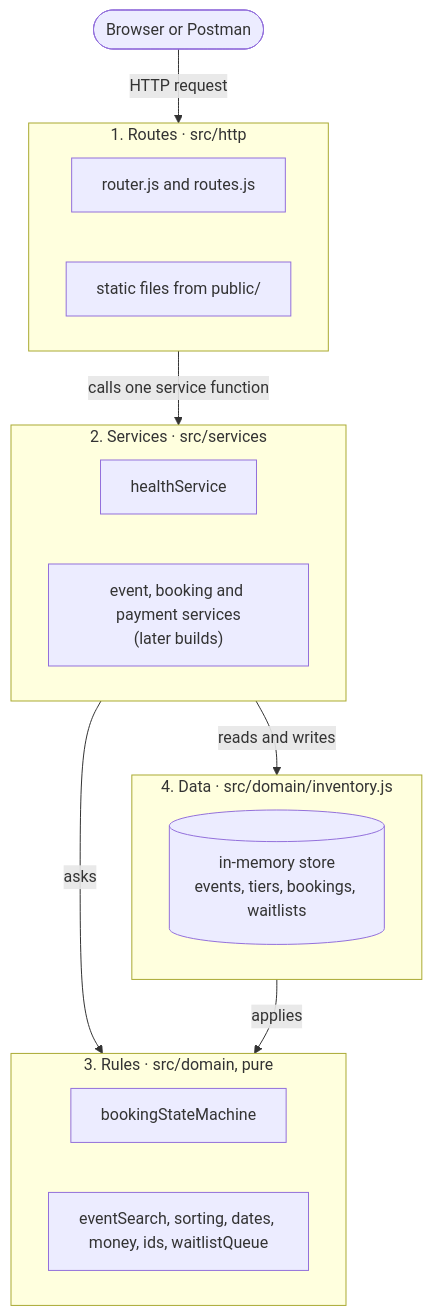
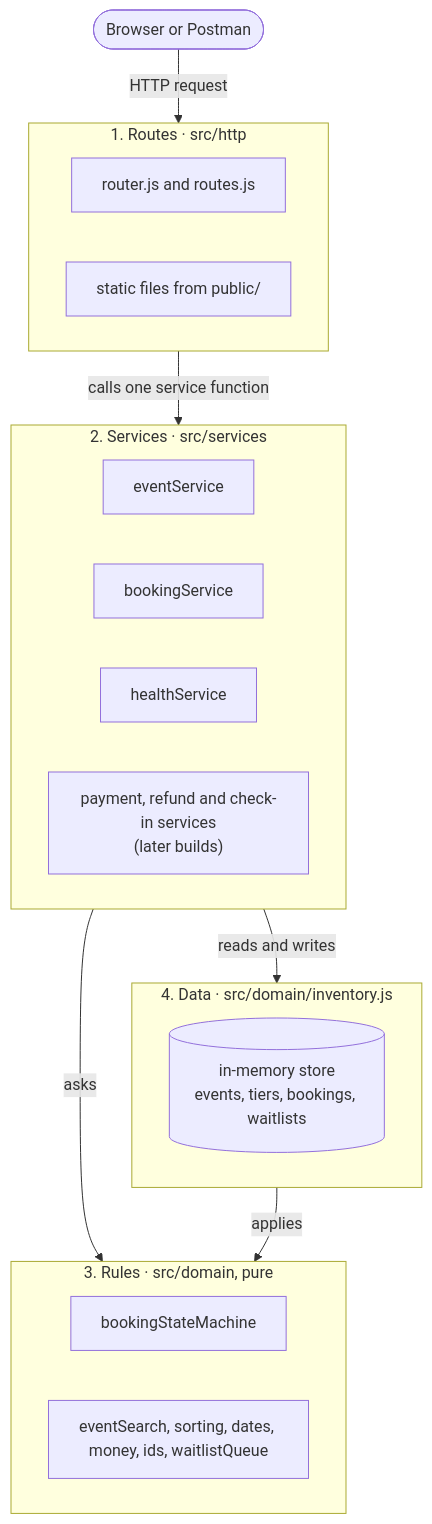
One commit to GreatEzekiel/my-dsa-capstone-project changed the first of 3 diagrams in docs/architecture.md. Above: the diagram before and after it, drawn with Mermaid. The commit also changed other lines of this file and 22 other files, not shown here.

````diff
--- a/docs/architecture.md
+++ b/docs/architecture.md
@@ -17,30 +17,32 @@
 ```mermaid
 flowchart TD
     client(["Browser or Postman"])
 
     subgraph routes["1. Routes  ·  src/http"]
         direction LR
         router["router.js and routes.js"]
         statics["static files from public/"]
     end
 
     subgraph services["2. Services  ·  src/services"]
+        eventSvc["eventService"]
+        bookingSvc["bookingService"]
         healthSvc["healthService"]
-        later["event, booking and payment services<br/>(later builds)"]
+        later["payment, refund and check-in services<br/>(later builds)"]
     end
 
     subgraph rules["3. Rules  ·  src/domain, pure"]
         machine["bookingStateMachine"]
         helpers["eventSearch, sorting, dates, money, ids, waitlistQueue"]
     end
 
     subgraph data["4. Data  ·  src/domain/inventory.js"]
         store[("in-memory store<br/>events, tiers, bookings, waitlists")]
     end
 
     client -->|"HTTP request"| routes
     routes -->|"calls one service function"| services
     services -->|"asks"| rules
     services -->|"reads and writes"| data
     data -->|"applies"| rules
 ```
````
